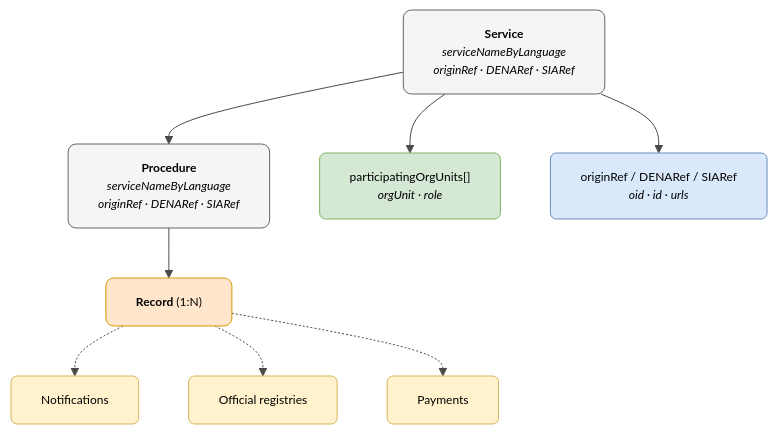
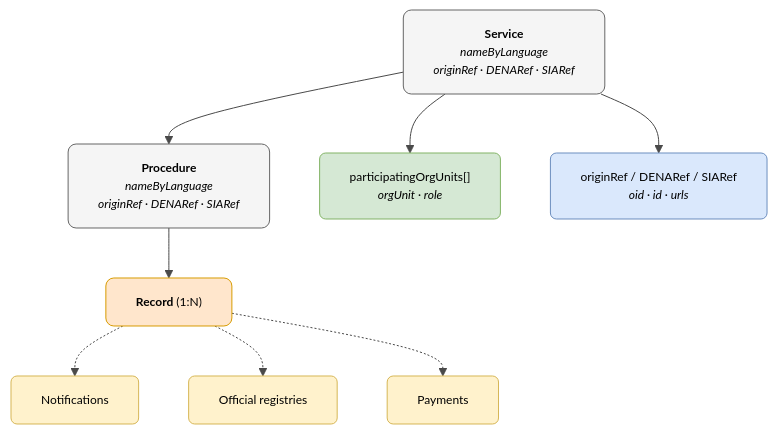
One commit to DENA-Euskadi/dena-euskadi.github.io changed the diagram in docs/semantica/data-retrieve/data/servicio-administrativo.en.md. Above: the diagram before and after it, drawn with Mermaid. The commit also changed other lines of this file and 43 other files, not shown here.

````diff
--- a/docs/semantica/data-retrieve/data/servicio-administrativo.en.md
+++ b/docs/semantica/data-retrieve/data/servicio-administrativo.en.md
@@ -14,41 +14,41 @@
 ```mermaid
 ---
 config:
   theme: base
   themeVariables:
     primaryColor: "#FFFFFF"
     primaryTextColor: "#000000"
     primaryBorderColor: "#CCCCCC"
     lineColor: "#4A4A4A"
     fontSize: "12px"
 ---
 flowchart TD
-    SRV["<b>Service</b><br/><i>serviceNameByLanguage<br/>originRef · DENARef · SIARef</i>"]
-    PROC["<b>Procedure</b><br/><i>serviceNameByLanguage<br/>originRef · DENARef · SIARef</i>"]
+    SRV["<b>Service</b><br/><i>nameByLanguage<br/>originRef · DENARef · SIARef</i>"]
+    PROC["<b>Procedure</b><br/><i>nameByLanguage<br/>originRef · DENARef · SIARef</i>"]
     EXP["<b>Record</b> (1:N)"]
 
     SRV --> PROC
     PROC --> EXP
 
     EXP -.-> NOT["Notifications"]
     EXP -.-> REG["Official registries"]
     EXP -.-> PAY["Payments"]
 
     SRV --> ORG["participatingOrgUnits[]<br/><i>orgUnit · role</i>"]
     SRV --> REFS["originRef / DENARef / SIARef<br/><i>oid · id · urls</i>"]
 
     style SRV fill:#f5f5f5,stroke:#666666,color:#000000,rx:8,ry:8
     style PROC fill:#f5f5f5,stroke:#666666,color:#000000,rx:8,ry:8
     style EXP fill:#ffe6cc,stroke:#d79b00,color:#000000,rx:8,ry:8
     style NOT fill:#fff2cc,stroke:#d6b656,color:#000000,rx:6,ry:6
     style REG fill:#fff2cc,stroke:#d6b656,color:#000000,rx:6,ry:6
     style PAY fill:#fff2cc,stroke:#d6b656,color:#000000,rx:6,ry:6
     style ORG fill:#d5e8d4,stroke:#82b366,color:#000000,rx:6,ry:6
     style REFS fill:#dae8fc,stroke:#6c8ebf,color:#000000,rx:6,ry:6
 
     click EXP "../expediente/" "View Record"
     click NOT "../notificacion/" "View Notification"
     click REG "../registro-oficial/" "View Official Registry"
     click PAY "../pago/" "View Payment"
     click ORG "../unidad-organica/" "View Organizational Unit"
 ```
````
